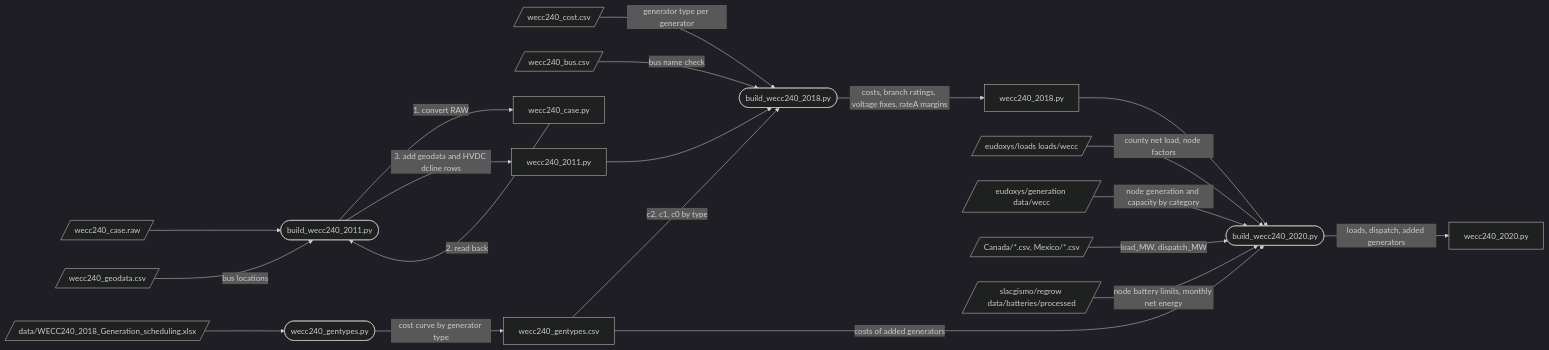
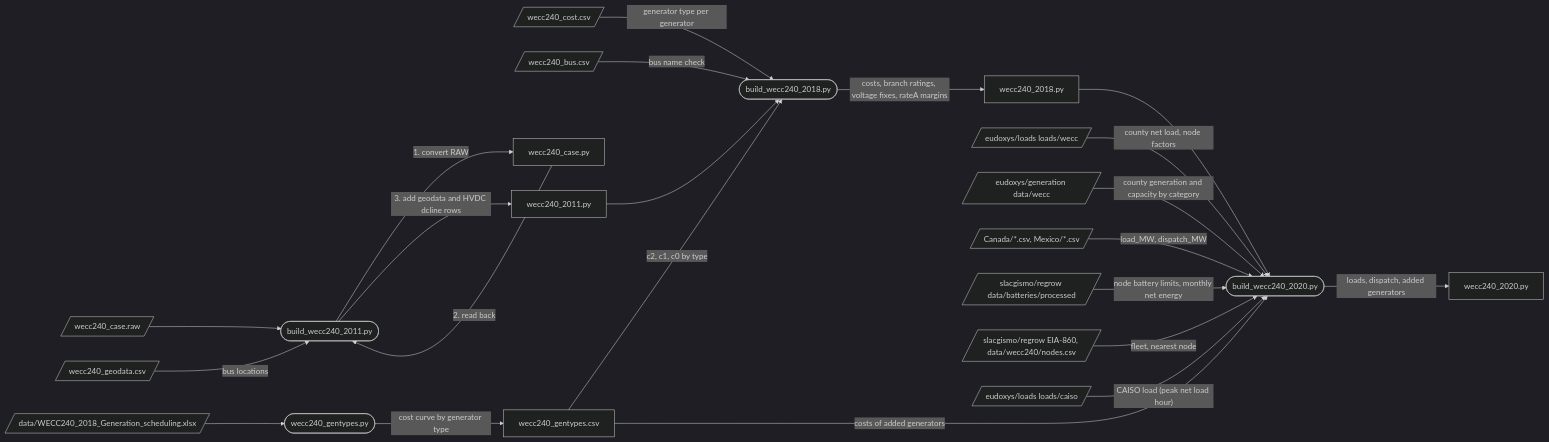
Before and after one commit to eudoxys/wecc240: the diagram in wecc240/README.md, drawn with Mermaid (dark theme). The commit also changed other lines of this file and 9 other files, not shown here.

First line of the commit message:
Import the 2020 fleet by REGROW nearest node; default to CAISO peak net load

````diff
--- a/wecc240/README.md
+++ b/wecc240/README.md
@@ -107,46 +117,48 @@
 ```mermaid
 flowchart LR
     raw[/wecc240_case.raw/]
     geo[/wecc240_geodata.csv/]
     xlsx[/"data/WECC240_2018_Generation_scheduling.xlsx"/]
     cost[/wecc240_cost.csv/]
     bus[/wecc240_bus.csv/]
 
     b2011([build_wecc240_2011.py])
     gt([wecc240_gentypes.py])
     b2018([build_wecc240_2018.py])
 
     case[wecc240_case.py]
     c2011[wecc240_2011.py]
     types[wecc240_gentypes.csv]
     c2018[wecc240_2018.py]
 
     raw --> b2011
     b2011 -- "1. convert RAW" --> case
     case -- "2. read back" --> b2011
     geo -- "bus locations" --> b2011
     b2011 -- "3. add geodata and HVDC dcline rows" --> c2011
 
     xlsx --> gt
     gt -- "cost curve by generator type" --> types
 
     c2011 --> b2018
     types -- "c2, c1, c0 by type" --> b2018
     cost -- "generator type per generator" --> b2018
     bus -- "bus name check" --> b2018
     b2018 -- "costs, branch ratings, voltage fixes, rateA margins" --> c2018
 
     loads[/"eudoxys/loads loads/wecc"/]
     gendata[/"eudoxys/generation data/wecc"/]
     foreign[/"Canada/*.csv, Mexico/*.csv"/]
     b2020([build_wecc240_2020.py])
     c2020[wecc240_2020.py]
 
     c2018 --> b2020
     loads -- "county net load, node factors" --> b2020
-    gendata -- "node generation and capacity by category" --> b2020
+    gendata -- "county generation and capacity by category" --> b2020
     foreign -- "load_MW, dispatch_MW" --> b2020
     types -- "costs of added generators" --> b2020
     batteries[/"slacgismo/regrow data/batteries/processed"/] -- "node battery limits, monthly net energy" --> b2020
+    eia860[/"slacgismo/regrow EIA-860, data/wecc240/nodes.csv"/] -- "fleet, nearest node" --> b2020
+    caiso[/"eudoxys/loads loads/caiso"/] -- "CAISO load (peak net load hour)" --> b2020
     b2020 -- "loads, dispatch, added generators" --> c2020
 ```
````
